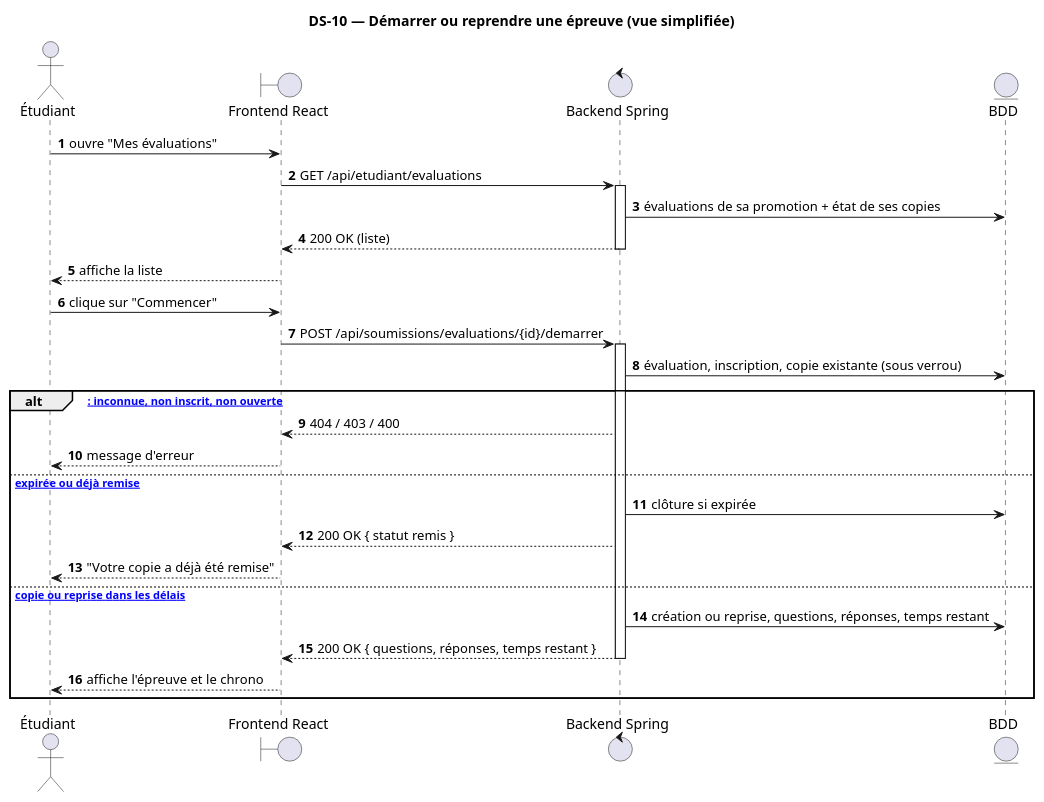
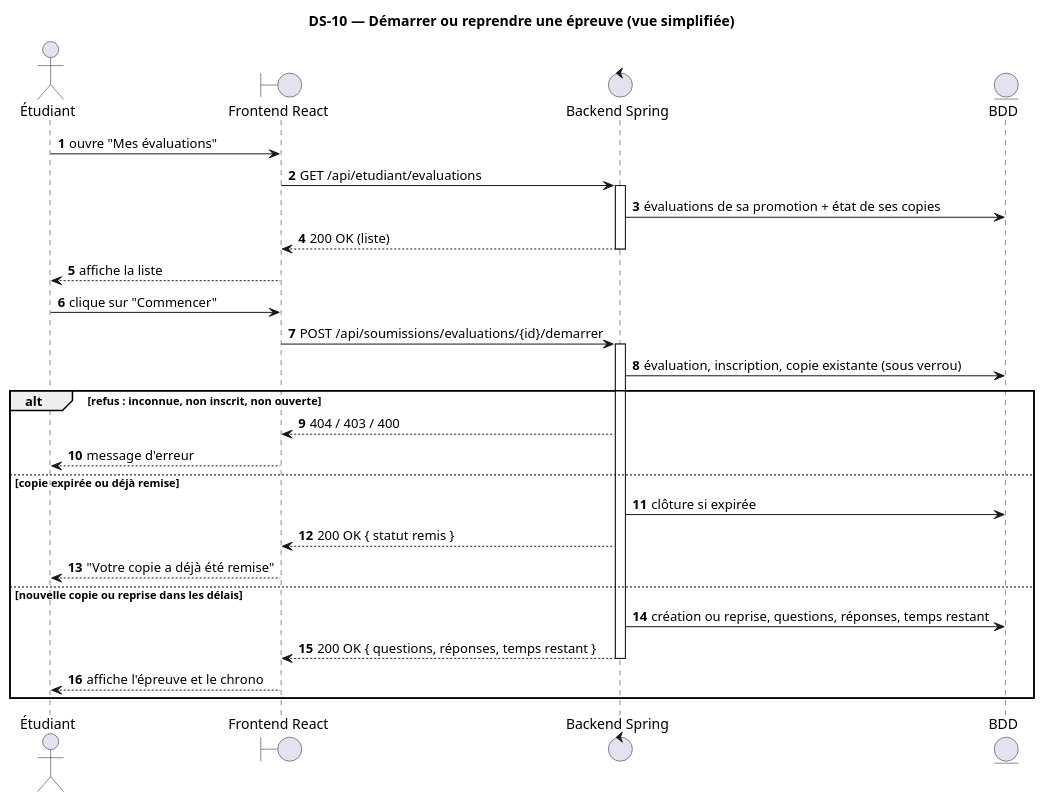
One commit to MorLeye75/eval-platform changed the diagram in docs/diagrammes-sequence/DS-10-demarrage-simplifie.puml. Above: the diagram before and after it, drawn with PlantUML. The commit also changed 3 other files, not shown here.

First line of the commit message:
docs(sequence): DS-02 aligne sur la sauvegarde actuelle, conditions lisibles dans tous les diagrammes

```diff
--- a/docs/diagrammes-sequence/DS-10-demarrage-simplifie.puml
+++ b/docs/diagrammes-sequence/DS-10-demarrage-simplifie.puml
@@ -1,31 +1,31 @@
 @startuml DS-10_demarrage_simplifie
 title DS-10 — Démarrer ou reprendre une épreuve (vue simplifiée)
 autonumber
 actor "Étudiant" as E
 boundary "Frontend React" as F
 control "Backend Spring" as B
 entity "BDD" as D
 
 E -> F : ouvre "Mes évaluations"
 F -> B ++ : GET /api/etudiant/evaluations
 B -> D : évaluations de sa promotion + état de ses copies
 B --> F -- : 200 OK (liste)
 F --> E : affiche la liste
 
 E -> F : clique sur "Commencer"
 F -> B ++ : POST /api/soumissions/evaluations/{id}/demarrer
 B -> D : évaluation, inscription, copie existante (sous verrou)
 
-alt [refus : inconnue, non inscrit, non ouverte]
+alt refus : inconnue, non inscrit, non ouverte
   B --> F : 404 / 403 / 400
   F --> E : message d'erreur
-else [copie expirée ou déjà remise]
+else copie expirée ou déjà remise
   B -> D : clôture si expirée
   B --> F : 200 OK { statut remis }
   F --> E : "Votre copie a déjà été remise"
-else [nouvelle copie ou reprise dans les délais]
+else nouvelle copie ou reprise dans les délais
   B -> D : création ou reprise, questions, réponses, temps restant
   B --> F -- : 200 OK { questions, réponses, temps restant }
   F --> E : affiche l'épreuve et le chrono
 end
 @enduml
```
